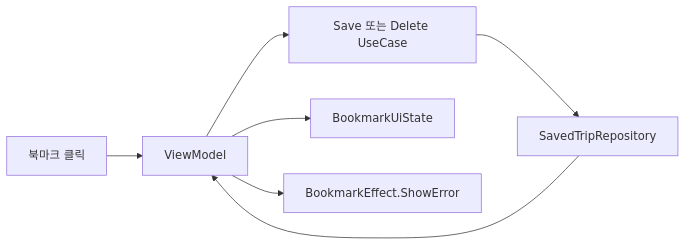
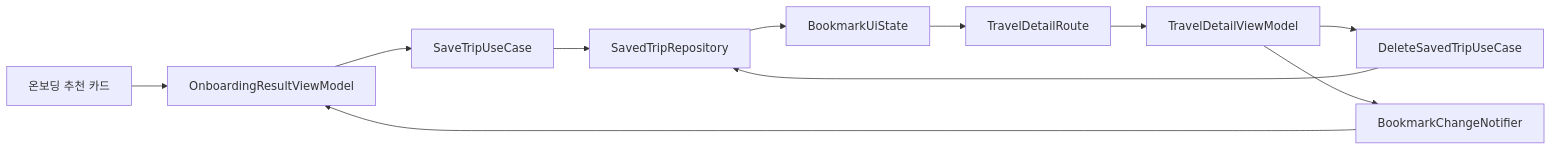
The diagram in docs/intermediate/bookmark-ui-state.md (SAIRO14/SAIRO-ANDROID), drawn with Mermaid before and after one commit. The commit also changed other lines of this file, not shown here.

````diff
--- a/docs/intermediate/bookmark-ui-state.md
+++ b/docs/intermediate/bookmark-ui-state.md
@@ -27,9 +36,13 @@
 ```mermaid
 flowchart LR
-    UI[북마크 클릭] --> VM[ViewModel]
-    VM --> UC[Save 또는 Delete UseCase]
-    UC --> REPO[SavedTripRepository]
-    REPO --> VM
-    VM --> STATE[BookmarkUiState]
-    VM --> EFFECT[BookmarkEffect.ShowError]
+    RESULT[온보딩 추천 카드] --> RVM[OnboardingResultViewModel]
+    RVM --> SAVE[SaveTripUseCase]
+    SAVE --> REPO[SavedTripRepository]
+    REPO --> STATE[BookmarkUiState]
+    STATE --> ROUTE[TravelDetailRoute]
+    ROUTE --> DVM[TravelDetailViewModel]
+    DVM --> DELETE[DeleteSavedTripUseCase]
+    DELETE --> REPO
+    DVM --> CHANGE[BookmarkChangeNotifier]
+    CHANGE --> RVM
 ```
````
